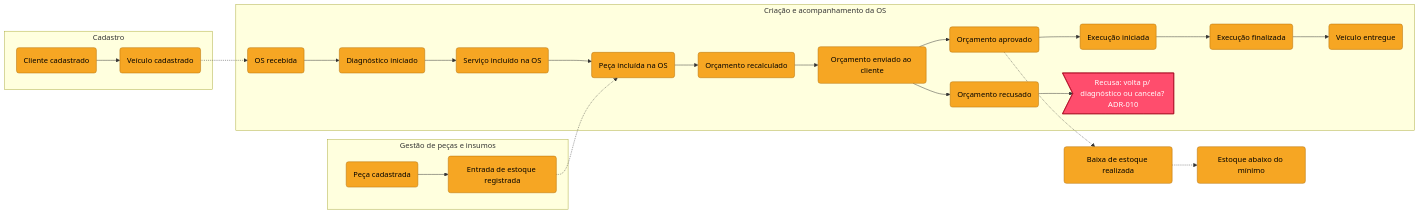
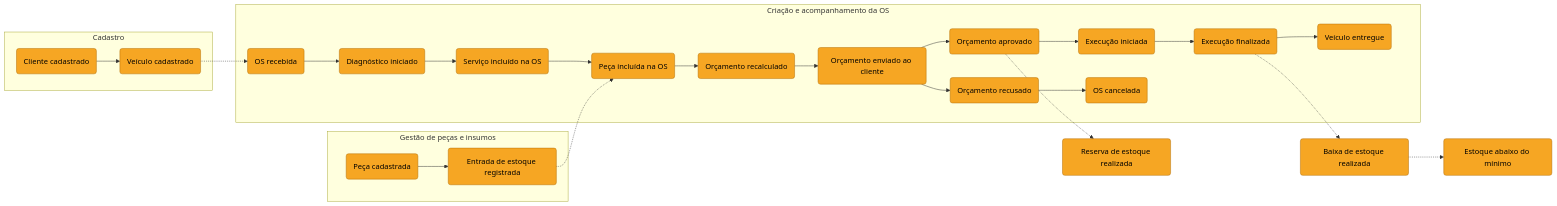
One commit to HermandoThiago/FIAP-SOAT changed the second of 6 diagrams in docs/03-ddd/event-storming.md. Above: the diagram before and after it, drawn with Mermaid. The commit also changed other lines of this file and 57 other files, not shown here.

````diff
--- a/docs/03-ddd/event-storming.md
+++ b/docs/03-ddd/event-storming.md
@@ -34,22 +35,21 @@
 ```mermaid
 flowchart LR
     classDef evento fill:#f6a623,stroke:#b36b00,color:#000
-    classDef hotspot fill:#ff4d6d,stroke:#a3001b,color:#fff
     subgraph Cadastro
         E0(Cliente cadastrado):::evento --> E0b(Veículo cadastrado):::evento
     end
     subgraph Estoque["Gestão de peças e insumos"]
         P1(Peça cadastrada):::evento --> P2(Entrada de estoque registrada):::evento
     end
     subgraph OS["Criação e acompanhamento da OS"]
         E1(OS recebida):::evento --> E2(Diagnóstico iniciado):::evento --> E3(Serviço incluído na OS):::evento --> E4(Peça incluída na OS):::evento
         E4 --> E5(Orçamento recalculado):::evento --> E6(Orçamento enviado ao cliente):::evento
         E6 --> E7(Orçamento aprovado):::evento --> E8(Execução iniciada):::evento --> E9(Execução finalizada):::evento --> E10(Veículo entregue):::evento
-        E6 --> E7b(Orçamento recusado):::evento
-        E7b --> H1>Recusa: volta p/ diagnóstico ou cancela? ADR-010]:::hotspot
+        E6 --> E7b(Orçamento recusado):::evento --> E11(OS cancelada):::evento
     end
     E0b -.-> E1
     P2 -.-> E4
-    E7 -.-> P3(Baixa de estoque realizada):::evento
-    P3 -.-> P4(Estoque abaixo do mínimo):::evento
+    E7 -.-> P3(Reserva de estoque realizada):::evento
+    E9 -.-> P4(Baixa de estoque realizada):::evento
+    P4 -.-> P5(Estoque abaixo do mínimo):::evento
 ```
````
